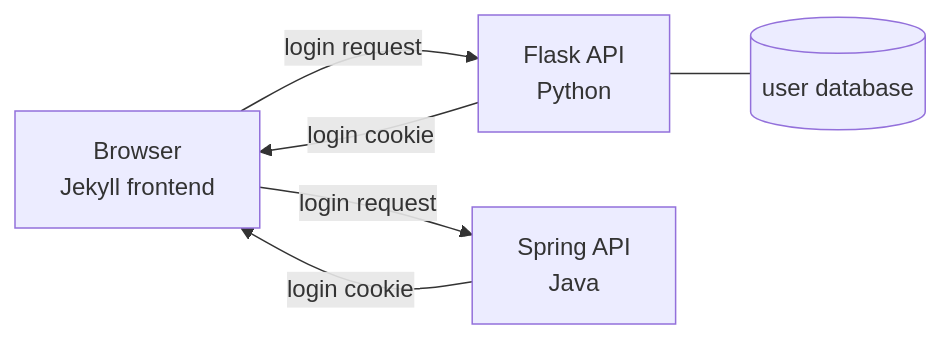
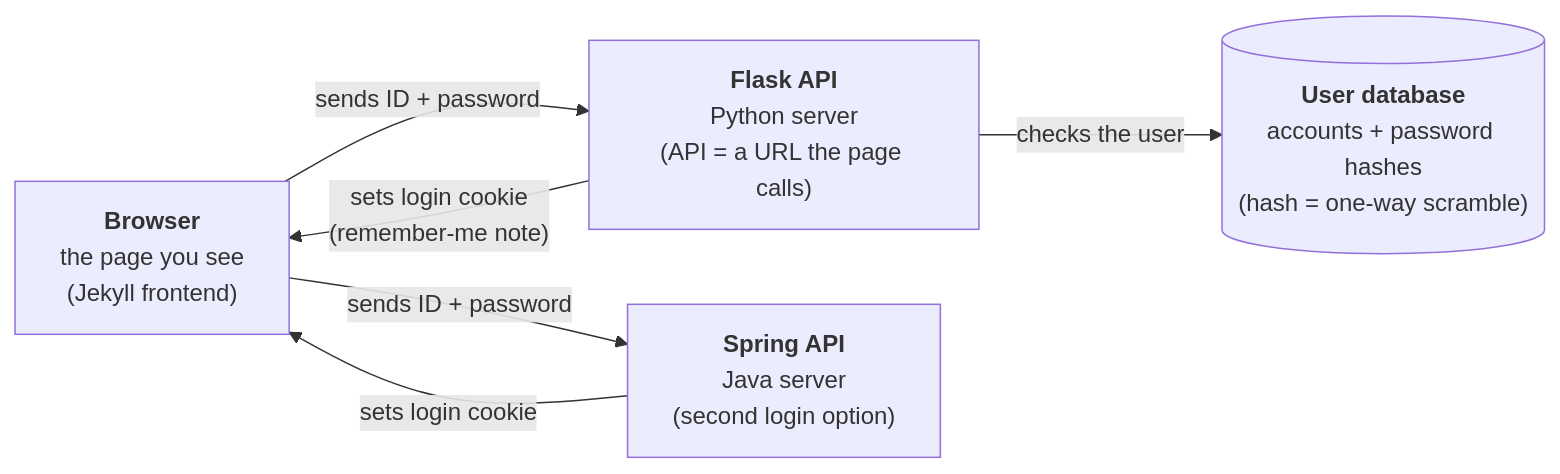
One commit to CompSciWizards/rotary-frontend changed the first of 4 diagrams in _posts/2026-10-26-how-our-systems-work.md. Above: the diagram before and after it, drawn with Mermaid. The commit also changed other lines of this file, not shown here.

````diff
--- a/_posts/2026-10-26-how-our-systems-work.md
+++ b/_posts/2026-10-26-how-our-systems-work.md
@@ -57,8 +59,13 @@
 ```mermaid
 flowchart LR
-    B["Browser<br/>Jekyll frontend"] -->|"login request"| P["Flask API<br/>Python"]
-    B -->|"login request"| S["Spring API<br/>Java"]
-    P -->|"login cookie"| B
-    S -->|"login cookie"| B
-    P --- DB[("user database")]
+    B["<b>Browser</b><br/>the page you see<br/>(Jekyll frontend)"]
+    F["<b>Flask API</b><br/>Python server<br/>(API = a URL the page calls)"]
+    S["<b>Spring API</b><br/>Java server<br/>(second login option)"]
+    D[("<b>User database</b><br/>accounts + password hashes<br/>(hash = one-way scramble)")]
+
+    B -->|"sends ID + password"| F
+    B -->|"sends ID + password"| S
+    F -->|"checks the user"| D
+    F -->|"sets login cookie<br/>(remember-me note)"| B
+    S -->|"sets login cookie"| B
 ```
````
